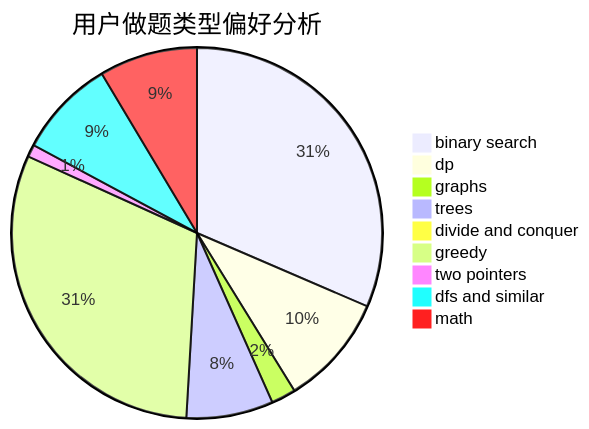
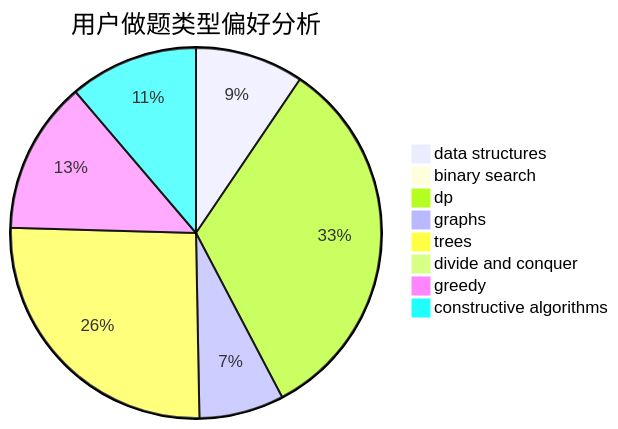
Before and after one commit to sherpahu/cfrs.github.io: the second of 3 diagrams in docs/user/u1771.md, drawn with Mermaid. The commit also changed other lines of this file and 2775 other files, not shown here.

````diff
--- a/docs/user/u1771.md
+++ b/docs/user/u1771.md
@@ -23,12 +23,11 @@
 ```mermaid
 pie title 用户做题类型偏好分析
-    "binary search" :  411
-    "dp" :  127
-    "graphs" :  28
-    "trees" :  99
-    "divide and conquer" :  6
-    "greedy" :  403
-    "two pointers" :  14
-    "dfs and similar" :  112
-    "math" :  112
+    "data structures" :  32
+    "binary search" :  0
+    "dp" :  111
+    "graphs" :  25
+    "trees" :  87
+    "divide and conquer" :  0
+    "greedy" :  45
+    "constructive algorithms" :  38
 ```
````
